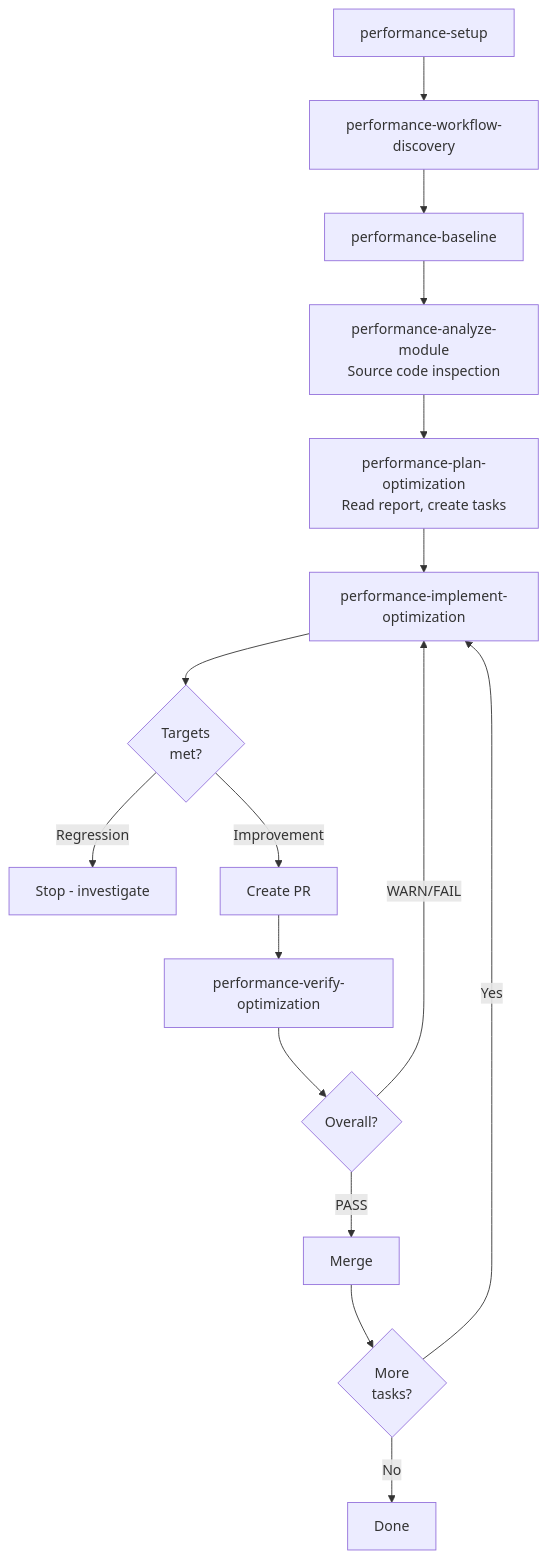
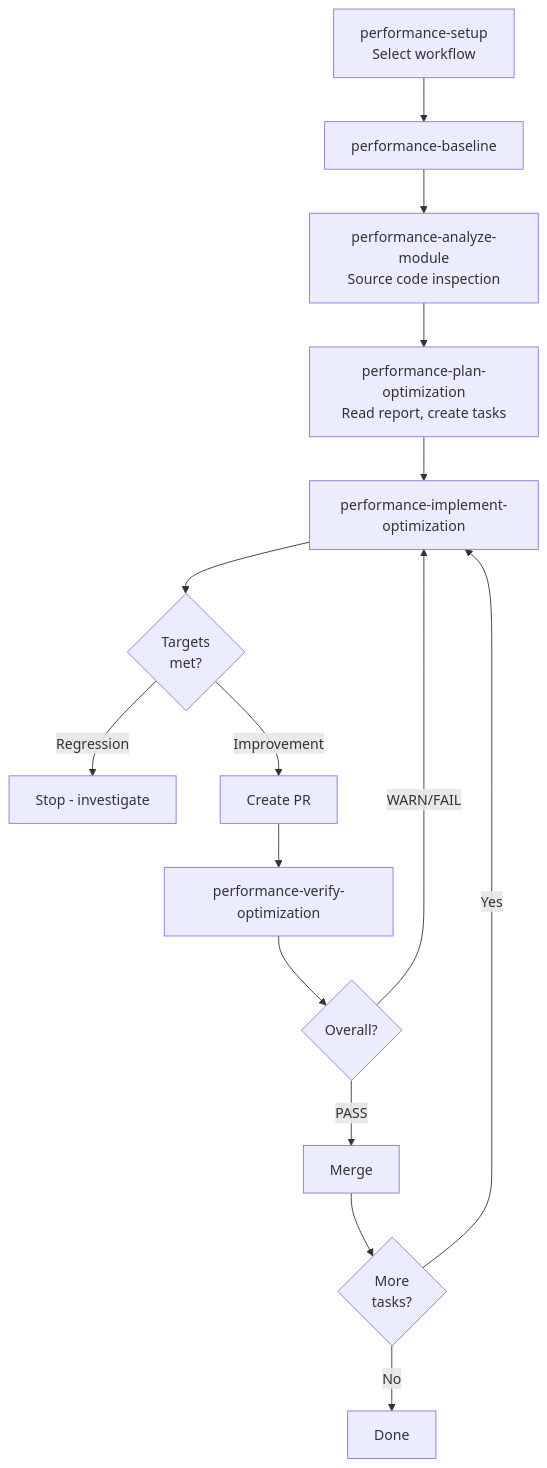
The diagram in docs/performance-workflow-guide.md (mrizzi/sdlc-plugins), drawn with Mermaid before and after one commit. The commit also changed other lines of this file and 11 other files, not shown here.

First line of the commit message:
feat(performance): unified workflow-first setup + backend analysis

````diff
--- a/docs/performance-workflow-guide.md
+++ b/docs/performance-workflow-guide.md
@@ -56,18 +55,17 @@
 ```mermaid
 graph TD
-    A[performance-setup] --> B[performance-workflow-discovery]
-    B --> C[performance-baseline]
-    C --> D[performance-analyze-module<br/>Source code inspection]
-    D --> E[performance-plan-optimization<br/>Read report, create tasks]
-    E --> F[performance-implement-optimization]
-    F --> G{Targets<br/>met?}
-    G -->|Regression| H[Stop - investigate]
-    G -->|Improvement| I[Create PR]
-    I --> J[performance-verify-optimization]
-    J --> K{Overall?}
-    K -->|PASS| L[Merge]
-    K -->|WARN/FAIL| F
-    L --> M{More<br/>tasks?}
-    M -->|Yes| F
-    M -->|No| N[Done]
+    A[performance-setup<br/>Select workflow] --> B[performance-baseline]
+    B --> C[performance-analyze-module<br/>Source code inspection]
+    C --> D[performance-plan-optimization<br/>Read report, create tasks]
+    D --> E[performance-implement-optimization]
+    E --> F{Targets<br/>met?}
+    F -->|Regression| G[Stop - investigate]
+    F -->|Improvement| H[Create PR]
+    H --> I[performance-verify-optimization]
+    I --> J{Overall?}
+    J -->|PASS| K[Merge]
+    J -->|WARN/FAIL| E
+    K --> L{More<br/>tasks?}
+    L -->|Yes| E
+    L -->|No| M[Done]
 ```
````
